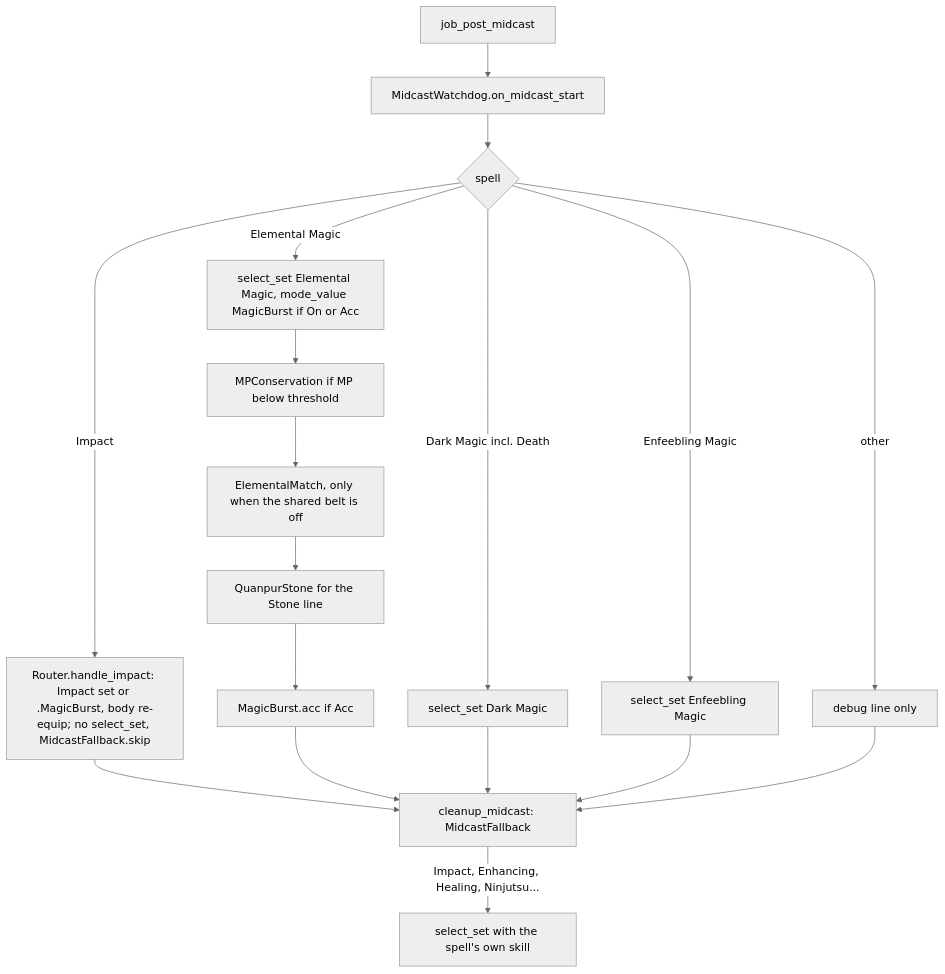
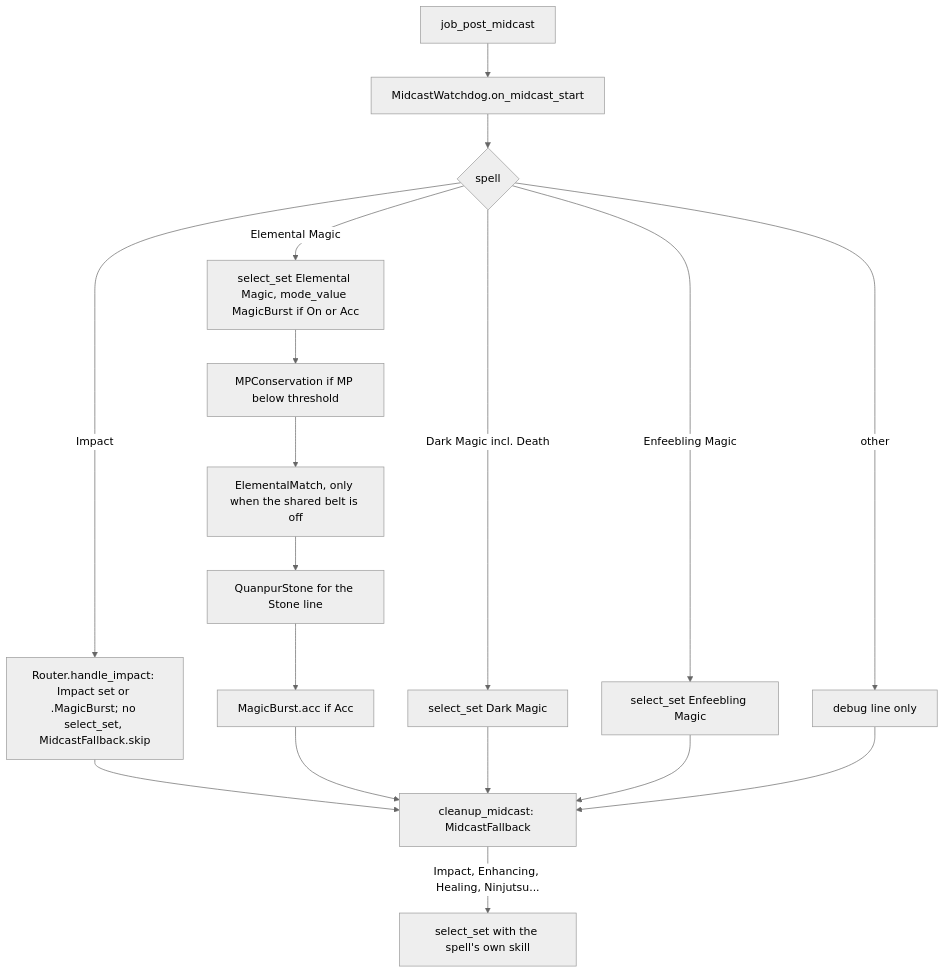
Before and after one commit to ejouanchicot/Gearswap: the fourth of 4 diagrams in docs/dev/jobs/blm.md, drawn with Mermaid (neutral theme). The commit also changed other lines of this file and 11 other files, not shown here.

````diff
--- a/docs/dev/jobs/blm.md
+++ b/docs/dev/jobs/blm.md
@@ -238,20 +244,20 @@
 ```mermaid
 flowchart TD
     A[job_post_midcast] --> B[MidcastWatchdog.on_midcast_start]
     B --> C{spell}
-    C -- Impact --> I[Router.handle_impact: Impact set or .MagicBurst, body re-equip; no select_set, MidcastFallback.skip]
+    C -- Impact --> I[Router.handle_impact: Impact set or .MagicBurst; no select_set, MidcastFallback.skip]
     C -- Elemental Magic --> EM[select_set Elemental Magic, mode_value MagicBurst if On or Acc]
     EM --> O1[MPConservation if MP below threshold]
     O1 --> O2[ElementalMatch, only when the shared belt is off]
     O2 --> O3[QuanpurStone for the Stone line]
     O3 --> O4[MagicBurst.acc if Acc]
     C -- Dark Magic incl. Death --> D[select_set Dark Magic]
     C -- Enfeebling Magic --> F[select_set Enfeebling Magic]
     C -- other --> N[debug line only]
     I --> FB[cleanup_midcast: MidcastFallback]
     O4 --> FB
     D --> FB
     F --> FB
     N --> FB
     FB -- Impact, Enhancing, Healing, Ninjutsu... --> R2[select_set with the spell's own skill]
 ```
````
